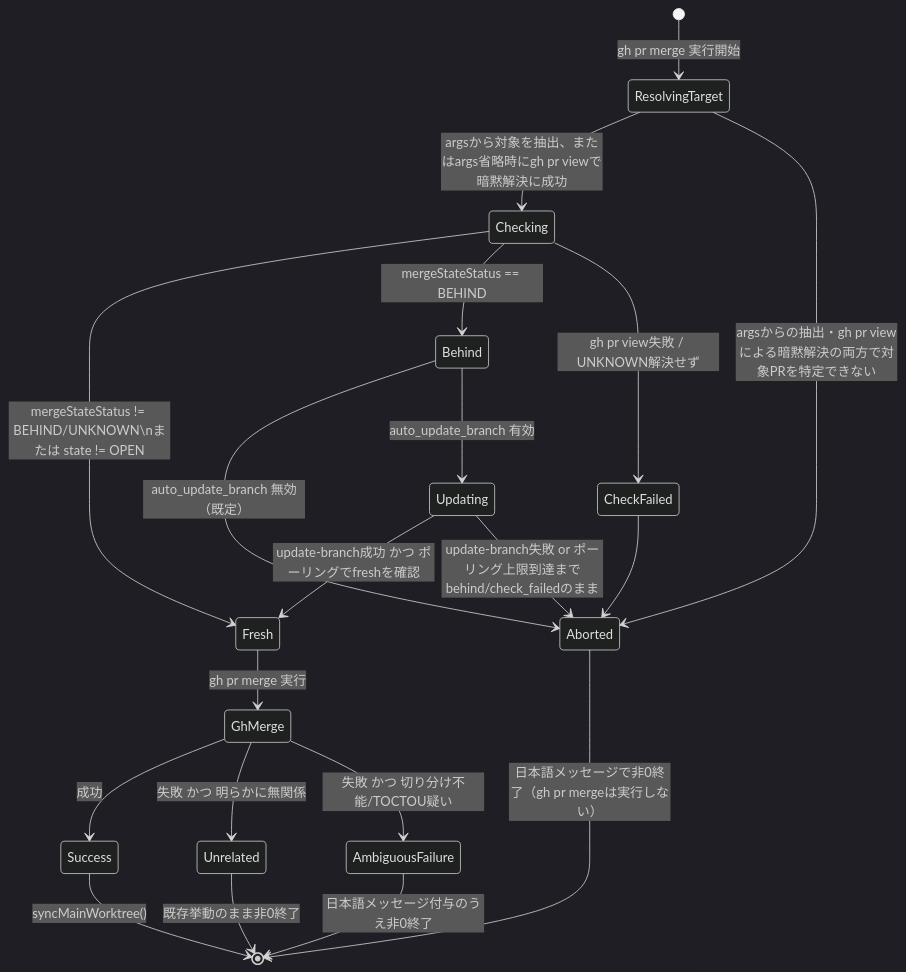
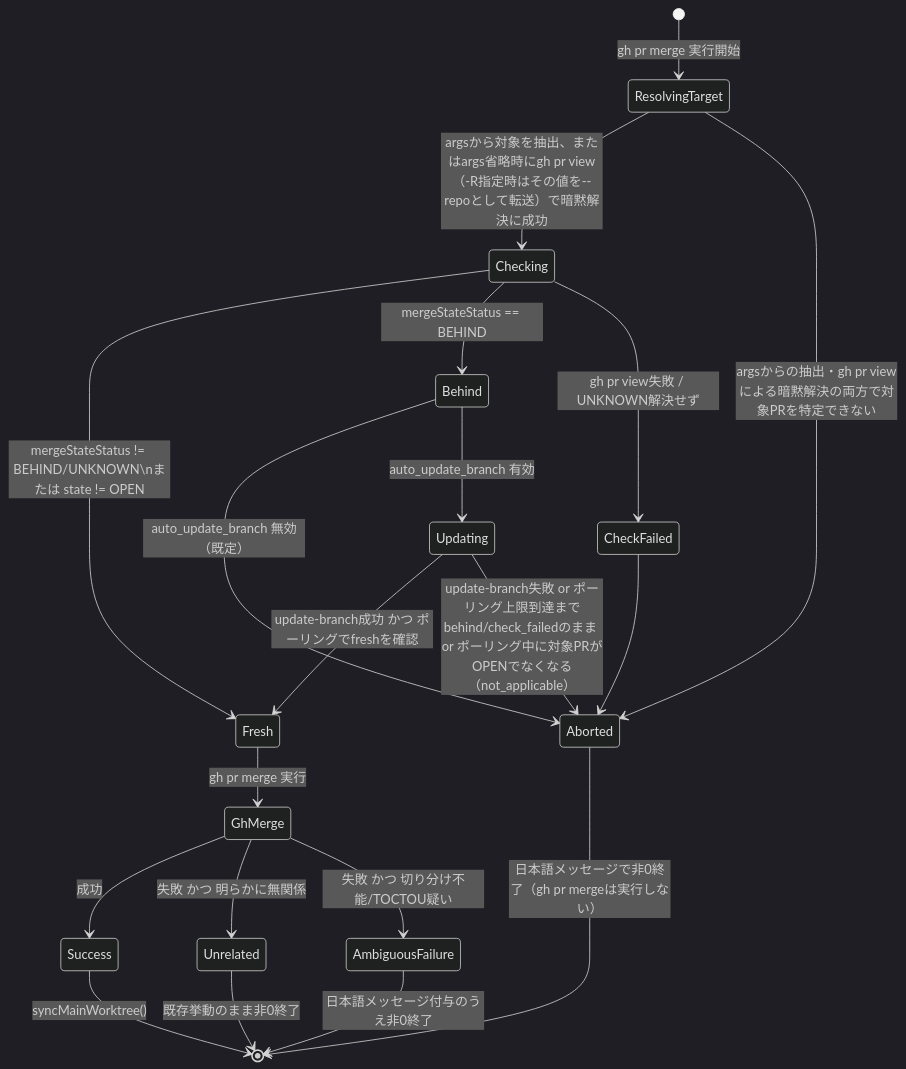
One commit to techbeansjp-free/AGENTS.md changed the diagram in DESIGN.md. Above: the diagram before and after it, drawn with Mermaid (dark theme). The commit also changed other lines of this file and 1 other file, not shown here.

First line of the commit message:
design(#493): 7回目design-gateのblocking/warning是正（-R転送・not_applicableポーリング処理）

````diff
--- a/DESIGN.md
+++ b/DESIGN.md
@@ -63,22 +63,22 @@
 ```mermaid
 stateDiagram-v2
     [*] --> ResolvingTarget: gh pr merge 実行開始
-    ResolvingTarget --> Checking: argsから対象を抽出、またはargs省略時にgh pr viewで暗黙解決に成功
+    ResolvingTarget --> Checking: argsから対象を抽出、またはargs省略時にgh pr view（-R指定時はその値を--repoとして転送）で暗黙解決に成功
     ResolvingTarget --> Aborted: argsからの抽出・gh pr viewによる暗黙解決の両方で対象PRを特定できない
     Checking --> Fresh: mergeStateStatus != BEHIND/UNKNOWN\nまたは state != OPEN
     Checking --> Behind: mergeStateStatus == BEHIND
     Checking --> CheckFailed: gh pr view失敗 / UNKNOWN解決せず
     Behind --> Aborted: auto_update_branch 無効（既定）
     Behind --> Updating: auto_update_branch 有効
     Updating --> Fresh: update-branch成功 かつ ポーリングでfreshを確認
-    Updating --> Aborted: update-branch失敗 or ポーリング上限到達までbehind/check_failedのまま
+    Updating --> Aborted: update-branch失敗 or ポーリング上限到達までbehind/check_failedのまま or ポーリング中に対象PRがOPENでなくなる（not_applicable）
     CheckFailed --> Aborted
     Fresh --> GhMerge: gh pr merge 実行
     GhMerge --> Success: 成功
     GhMerge --> Unrelated: 失敗 かつ 明らかに無関係
     GhMerge --> AmbiguousFailure: 失敗 かつ 切り分け不能/TOCTOU疑い
     Success --> [*]: syncMainWorktree()
     Unrelated --> [*]: 既存挙動のまま非0終了
     AmbiguousFailure --> [*]: 日本語メッセージ付与のうえ非0終了
     Aborted --> [*]: 日本語メッセージで非0終了（gh pr mergeは実行しない）
 ```
````
